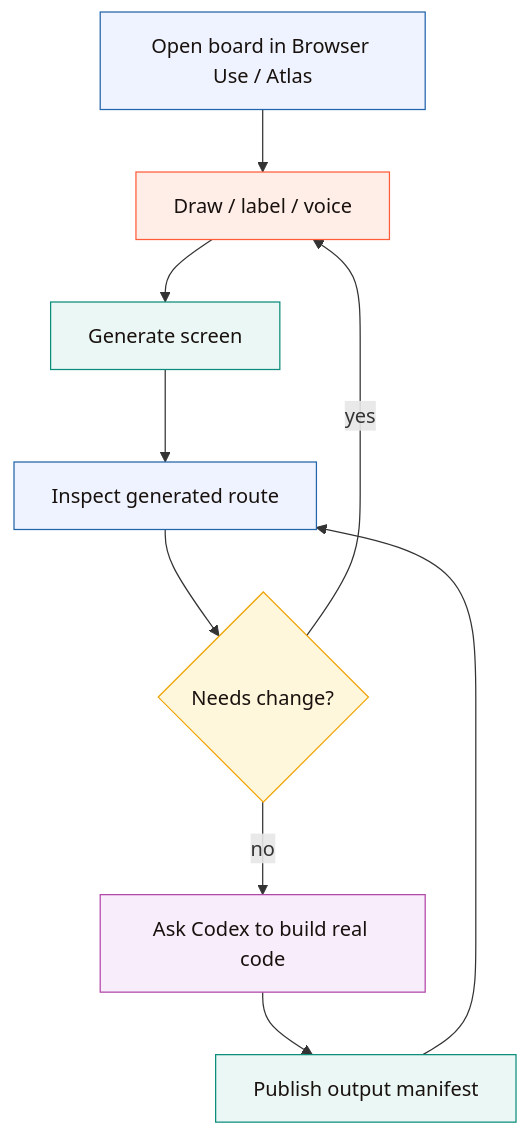
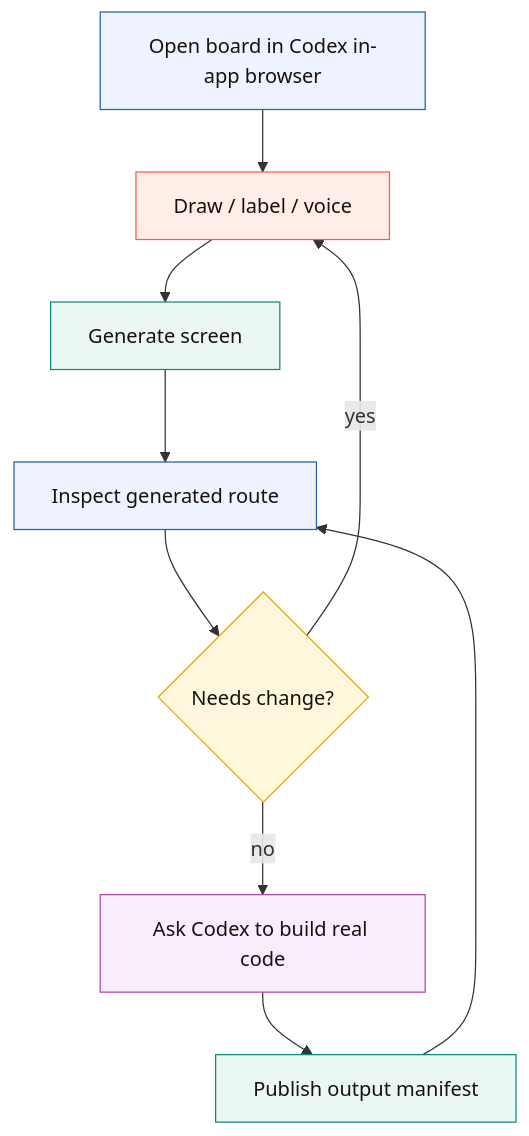
One commit to varshneydevansh/Canvax changed the second of 2 diagrams in docs/CODEX_BROWSER_WORKFLOW.md. Above: the diagram before and after it, drawn with Mermaid. The commit also changed other lines of this file and 27 other files, not shown here.

````diff
--- a/docs/CODEX_BROWSER_WORKFLOW.md
+++ b/docs/CODEX_BROWSER_WORKFLOW.md
@@ -75,23 +75,23 @@
 ```mermaid
 flowchart TD
-    A["Open board in Browser Use / Atlas"] --> B["Draw / label / voice"]
+    A["Open board in Codex in-app browser"] --> B["Draw / label / voice"]
     B --> C["Generate screen"]
     C --> D["Inspect generated route"]
     D --> E{"Needs change?"}
     E -->|"yes"| B
     E -->|"no"| F["Ask Codex to build real code"]
     F --> G["Publish output manifest"]
     G --> D
 
     classDef browser fill:#eef3ff,stroke:#2364aa,color:#18110e
     classDef input fill:#ffede8,stroke:#ff5d3a,color:#18110e
     classDef output fill:#eaf7f5,stroke:#0c8d7b,color:#18110e
     classDef decision fill:#fff7db,stroke:#f0a202,color:#18110e
     classDef codex fill:#f7edfb,stroke:#b246a8,color:#18110e
 
     class A,D browser
     class B input
     class C,G output
     class E decision
     class F codex
 ```
````
